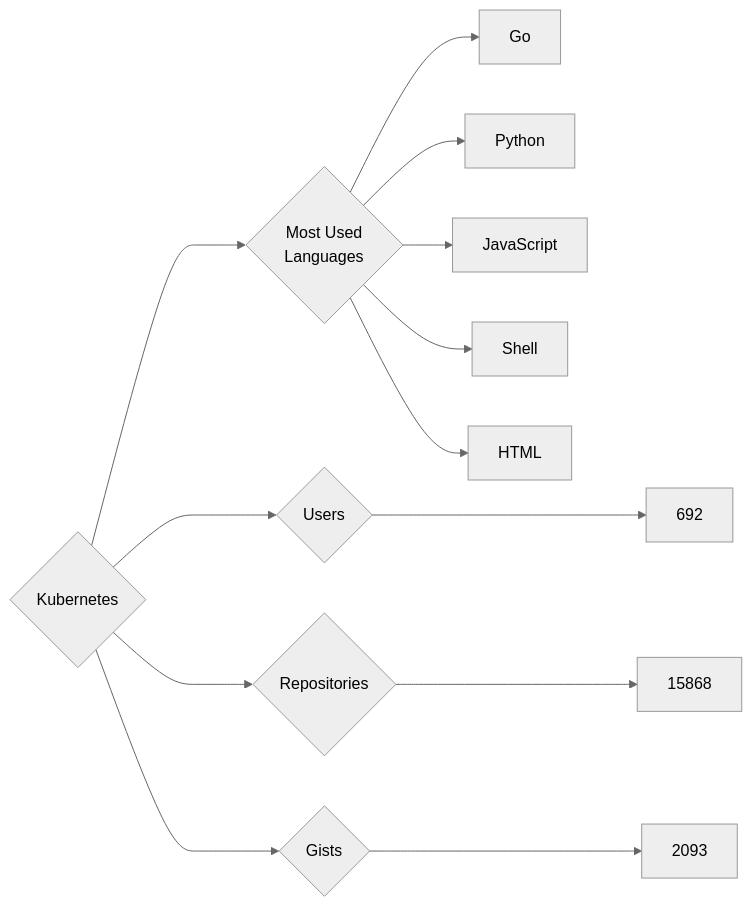
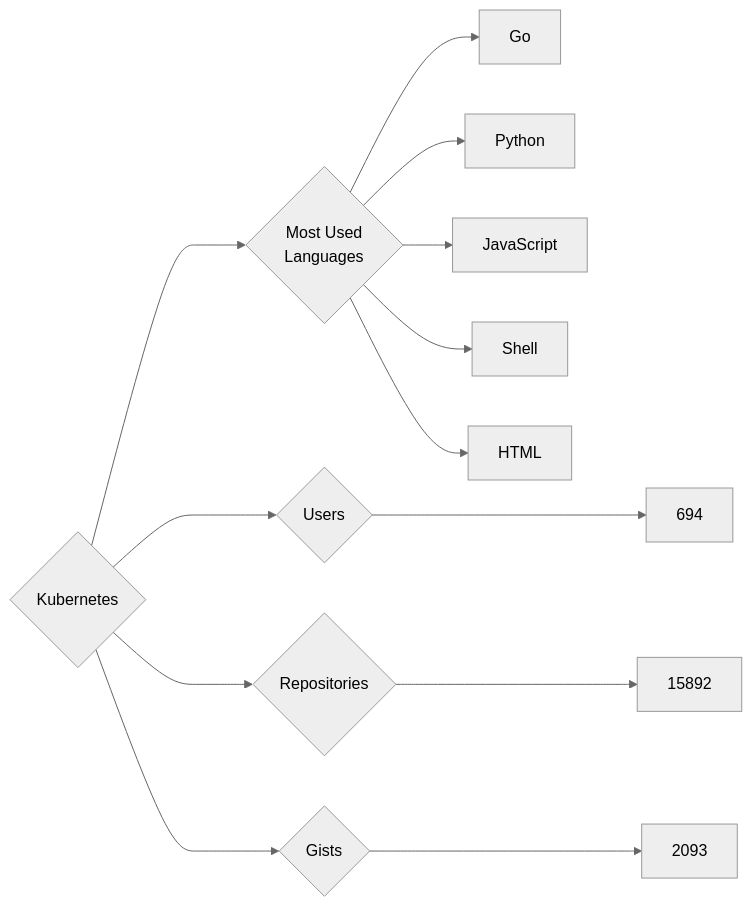
Before and after one commit to trickest/insiders: the diagram in targets/Kubernetes/README.md, drawn with Mermaid (neutral theme). The commit also changed 676 other files, not shown here.

````diff
--- a/targets/Kubernetes/README.md
+++ b/targets/Kubernetes/README.md
@@ -3,13 +3,13 @@
 ```mermaid
 graph LR
 COMPANY_NAME{Kubernetes}
-COMPANY_NAME ---> U{Users} ---> UN[692]
-COMPANY_NAME ---> R{Repositories} ---> RN[15868]
+COMPANY_NAME ---> U{Users} ---> UN[694]
+COMPANY_NAME ---> R{Repositories} ---> RN[15892]
 COMPANY_NAME ---> G{Gists} ---> GN[2093]
 COMPANY_NAME ---> ML{Most Used<br>Languages}
 ML --> Go[Go]
 ML --> Python[Python]
 ML --> JavaScript[JavaScript]
 ML --> Shell[Shell]
 ML --> HTML[HTML]
 ```
````
